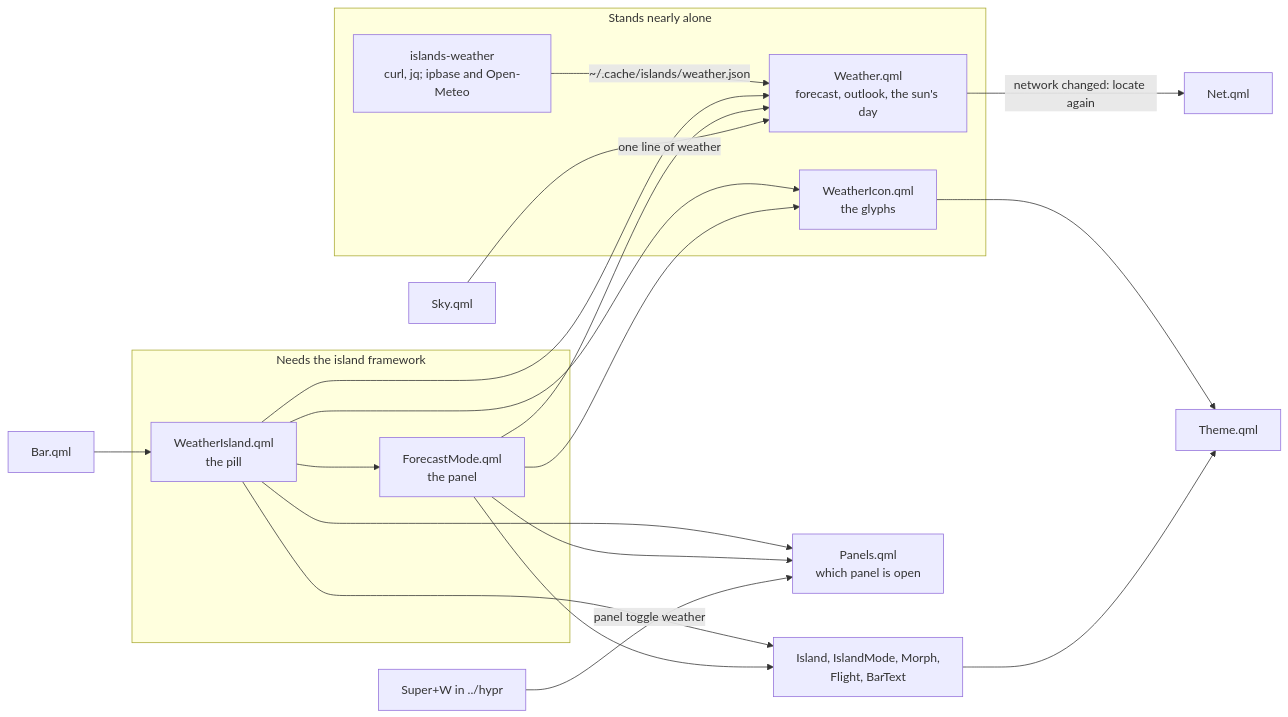
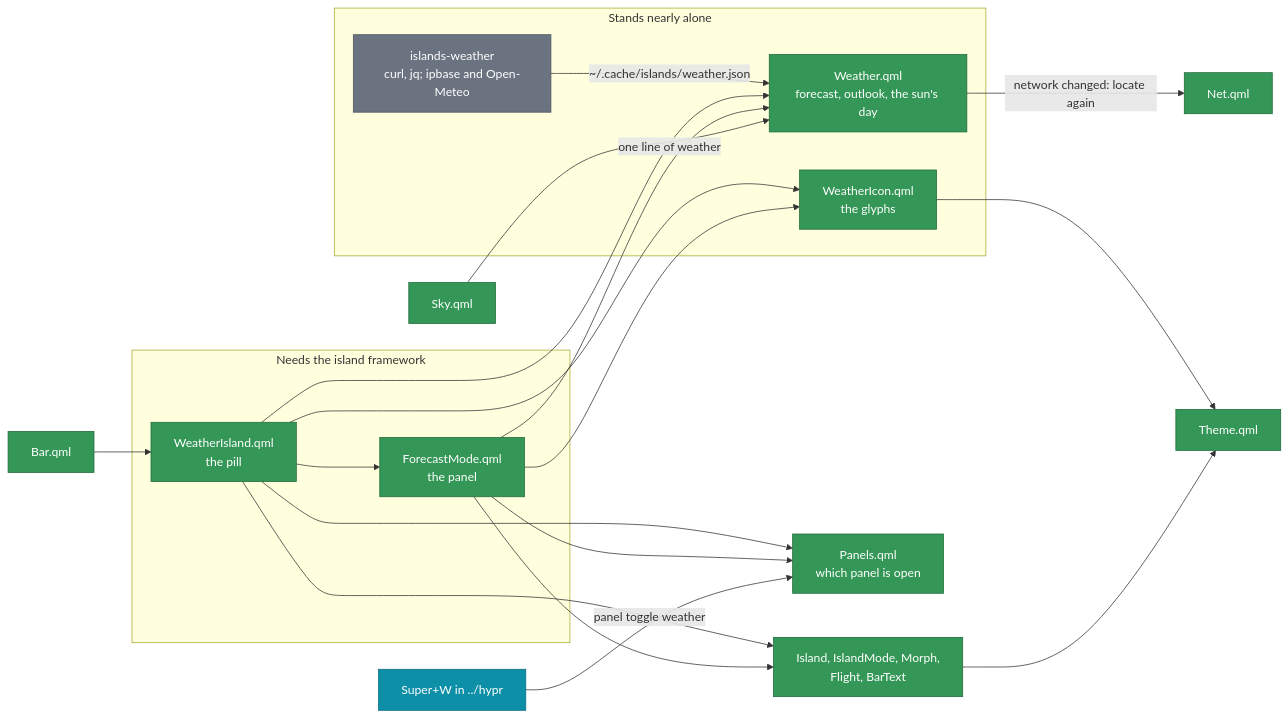
Before and after one commit to EricWardner/nix-config: the second of 2 diagrams in modules/hm/wms/islands/README.md, drawn with Mermaid. The commit also changed other lines of this file and 1 other file, not shown here.

````diff
--- a/modules/hm/wms/islands/README.md
+++ b/modules/hm/wms/islands/README.md
@@ -96,38 +139,45 @@
 ```mermaid
 flowchart LR
   subgraph data["Stands nearly alone"]
     script["islands-weather<br/>curl, jq; ipbase and Open-Meteo"]
     weather["Weather.qml<br/>forecast, outlook, the sun's day"]
     icon["WeatherIcon.qml<br/>the glyphs"]
   end
 
   subgraph look["Needs the island framework"]
     pill["WeatherIsland.qml<br/>the pill"]
     panel["ForecastMode.qml<br/>the panel"]
   end
 
   frame["Island, IslandMode, Morph,<br/>Flight, BarText"]
   theme["Theme.qml"]
   panels["Panels.qml<br/>which panel is open"]
   net["Net.qml"]
   bar["Bar.qml"]
   sky["Sky.qml"]
   bind["Super+W in ../hypr"]
 
   script -- "~/.cache/islands/weather.json" --> weather
   weather -- "network changed: locate again" --> net
   icon --> theme
   pill --> weather
   pill --> icon
   pill --> panel
   panel --> weather
   panel --> icon
   pill --> frame
   panel --> frame
   pill --> panels
   panel --> panels
   frame --> theme
   bar --> pill
   sky -- "one line of weather" --> weather
   bind -- "panel toggle weather" --> panels
+
+  classDef qml fill:#359757,stroke:#1f6b3a,color:#fff
+  classDef glue fill:#6b7280,stroke:#4b5563,color:#fff
+  classDef hyprLang fill:#0e8fa8,stroke:#0b6e82,color:#fff
+  class weather,icon,pill,panel,frame,theme,panels,net,bar,sky qml
+  class script glue
+  class bind hyprLang
 ```
````
